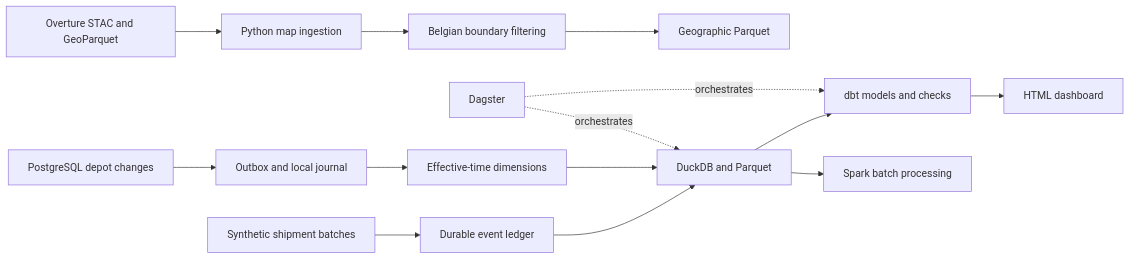
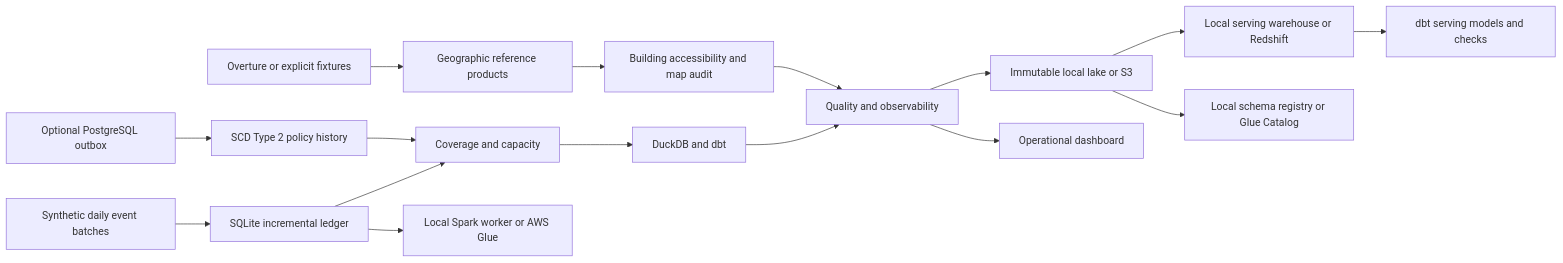
The diagram in README.md (Adelapt98/belgiflow), drawn with Mermaid before and after one commit. The commit also changed other lines of this file and 14 other files, not shown here.

Commit message:
Document fourteen operational learning pipelines and verified AWS preparation boundaries

````diff
--- a/README.md
+++ b/README.md
@@ -97,16 +93,18 @@
 ```mermaid
 flowchart LR
-  O[Overture STAC and GeoParquet] --> M[Python map ingestion]
-  M --> G[Belgian boundary filtering]
-  G --> P[Geographic Parquet]
-  S[Synthetic shipment batches] --> L[Durable event ledger]
-  PG[PostgreSQL depot changes] --> C[Outbox and local journal]
-  C --> H[Effective-time dimensions]
-  L --> W[DuckDB and Parquet]
-  H --> W
-  W --> D[dbt models and checks]
-  D --> UI[HTML dashboard]
-  W --> SP[Spark batch processing]
-  A[Dagster] -. orchestrates .-> W
-  A -. orchestrates .-> D
+  M[Overture or explicit fixtures] --> G[Geographic reference products]
+  E[Synthetic daily event batches] --> L[SQLite incremental ledger]
+  P[Optional PostgreSQL outbox] --> H[SCD Type 2 policy history]
+  L --> C[Coverage and capacity]
+  H --> C
+  G --> A[Building accessibility and map audit]
+  C --> D[DuckDB and dbt]
+  D --> Q[Quality and observability]
+  A --> Q
+  L --> S[Local Spark worker or AWS Glue]
+  Q --> O[Immutable local lake or S3]
+  O --> W[Local serving warehouse or Redshift]
+  W --> R[dbt serving models and checks]
+  O --> GC[Local schema registry or Glue Catalog]
+  Q --> UI[Operational dashboard]
 ```
````
